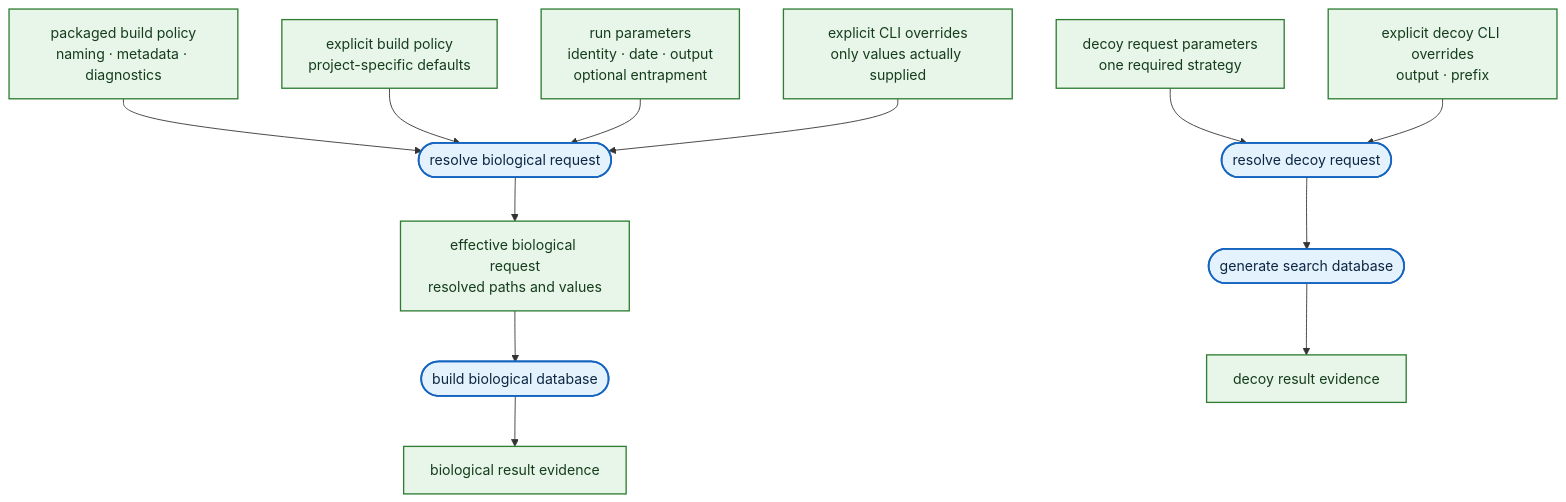
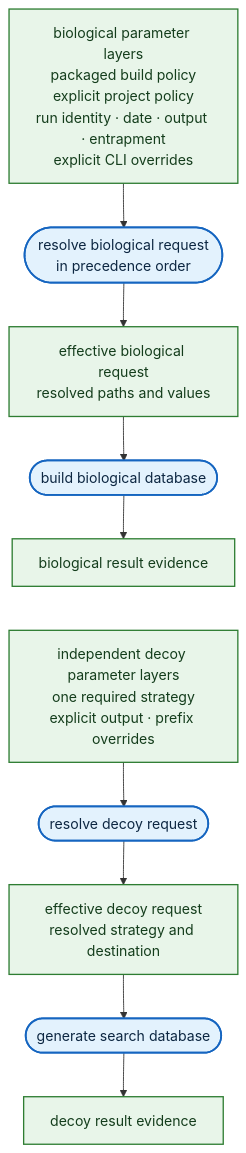
Before and after one commit to anndata-omics-bridge/protein-fasta: the sixth of 8 diagrams in docs/workflows.md, drawn with Mermaid.

Commit message:
docs: keep parameter workflow portrait

````diff
--- a/docs/workflows.md
+++ b/docs/workflows.md
@@ -209,19 +209,17 @@
 ```mermaid
 flowchart TB
-    A["packaged build policy<br/>naming · metadata · diagnostics"] --> D(["resolve biological request"])
-    B["explicit build policy<br/>project-specific defaults"] --> D
-    C["run parameters<br/>identity · date · output<br/>optional entrapment"] --> D
-    E["explicit CLI overrides<br/>only values actually supplied"] --> D
+    A["biological parameter layers<br/>packaged build policy<br/>explicit project policy<br/>run identity · date · output · entrapment<br/>explicit CLI overrides"] --> D(["resolve biological request<br/>in precedence order"])
     D --> F["effective biological request<br/>resolved paths and values"]
     F --> G(["build biological database"])
     G --> H["biological result evidence"]
-    I["decoy request parameters<br/>one required strategy"] --> J(["resolve decoy request"])
-    K["explicit decoy CLI overrides<br/>output · prefix"] --> J
-    J --> L(["generate search database"])
+    H ~~~ I["independent decoy parameter layers<br/>one required strategy<br/>explicit output · prefix overrides"]
+    I --> J(["resolve decoy request"])
+    J --> K["effective decoy request<br/>resolved strategy and destination"]
+    K --> L(["generate search database"])
     L --> M["decoy result evidence"]
 
     classDef compute fill:#e3f2fd,stroke:#1565c0,stroke-width:2px,color:#0d2742
     classDef data fill:#e8f5e9,stroke:#2e7d32,stroke-width:1.5px,color:#143d1c
     class D,G,J,L compute
-    class A,B,C,E,F,H,I,K,M data
+    class A,F,H,I,K,M data
 ```
````
